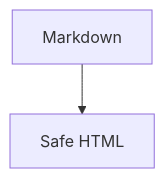
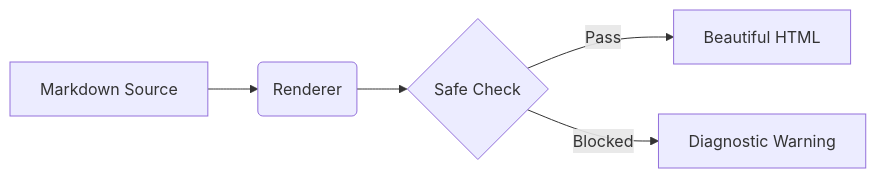
The diagram in Samples/regression.md (SoKeiKei/MDLook), drawn with Mermaid before and after one commit. The commit also changed other lines of this file and 16 other files, not shown here.

````diff
--- a/Samples/regression.md
+++ b/Samples/regression.md
@@ -79,4 +230,7 @@
 ```mermaid
-graph TD
-  A[Markdown] --> B[Safe HTML]
+graph LR
+    A[Markdown Source] --> B(Renderer)
+    B --> C{Safe Check}
+    C -->|Pass| D[Beautiful HTML]
+    C -->|Blocked| E[Diagnostic Warning]
 ```
````
